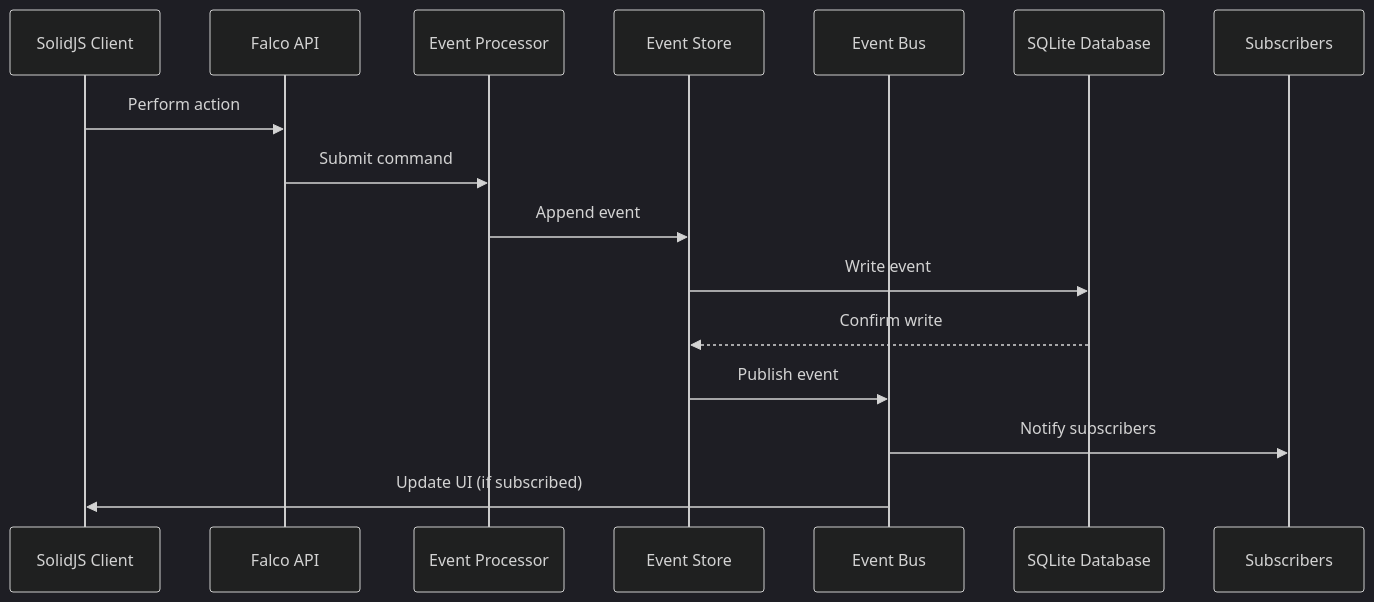
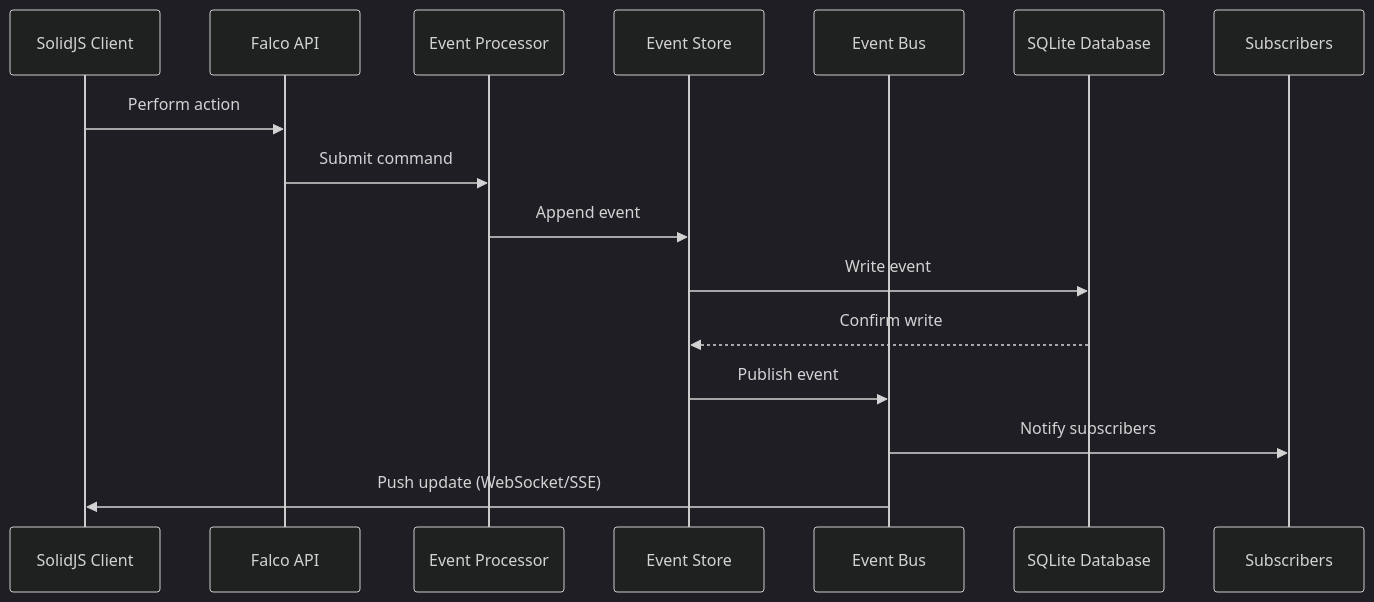
The diagram in docs/12 Pub-Sub Mechanism using SolidJS.md (speakeztech/FlightDeck), drawn with Mermaid before and after one commit. The commit also changed other lines of this file, not shown here.

````diff
--- a/docs/12 Pub-Sub Mechanism using SolidJS.md
+++ b/docs/12 Pub-Sub Mechanism using SolidJS.md
@@ -9,20 +9,20 @@
 ```mermaid
 %%{init: {'theme': 'dark'}}%%
 sequenceDiagram
     participant Client as SolidJS Client
     participant API as Falco API
     participant EP as Event Processor
     participant Store as Event Store
     participant Bus as Event Bus
     participant DB as SQLite Database
     participant Sub as Subscribers
 
     Client->>API: Perform action
     API->>EP: Submit command
     EP->>Store: Append event
     Store->>DB: Write event
     DB-->>Store: Confirm write
     Store->>Bus: Publish event
     Bus->>Sub: Notify subscribers
-    Bus->>Client: Update UI (if subscribed)
+    Bus->>Client: Push update (WebSocket/SSE)
 ```
````
